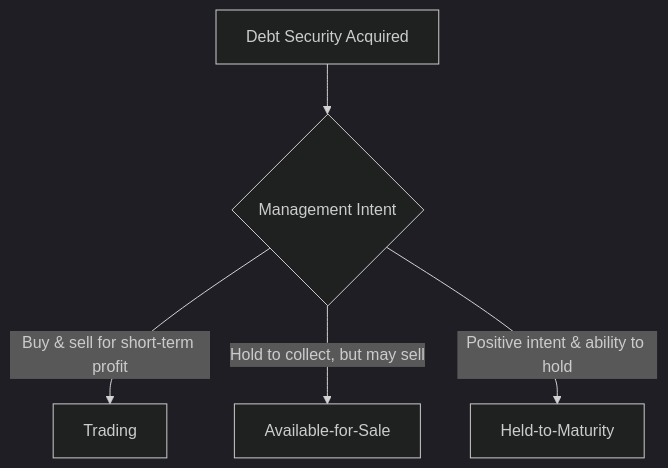
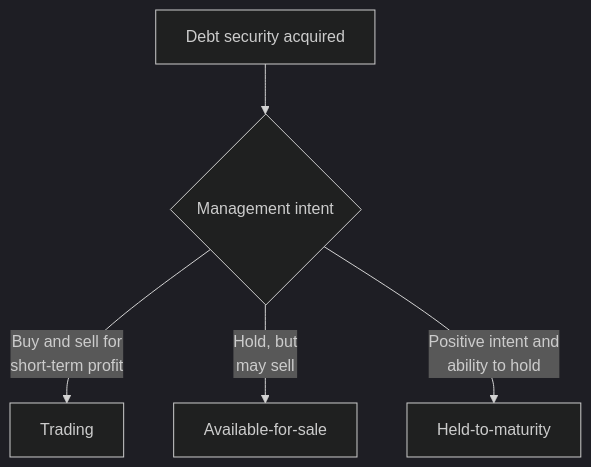
Before and after one commit to subwaymatch/cpabear-book: the diagram in docs/far/assets/investments.md, drawn with Mermaid (dark theme). The commit also changed other lines of this file and 204 other files, not shown here.

First line of the commit message:
Update the book for the 2027 CPA Exam Blueprints, fix dark-mode diagrams, add diagram zoom (#49)

````diff
--- a/docs/far/assets/investments.md
+++ b/docs/far/assets/investments.md
@@ -18,7 +13,7 @@
 ```mermaid
 graph TD
-    A[Debt Security Acquired] --> B{Management Intent}
-    B -->|Buy & sell for short-term profit| C[Trading]
-    B -->|Hold to collect, but may sell| D[Available-for-Sale]
-    B -->|Positive intent & ability to hold| E[Held-to-Maturity]
+    A[Debt security acquired] --> B{Management intent}
+    B -->|Buy and sell for<br/>short-term profit| C[Trading]
+    B -->|Hold, but<br/>may sell| D[Available-for-sale]
+    B -->|Positive intent and<br/>ability to hold| E[Held-to-maturity]
 ```
````
